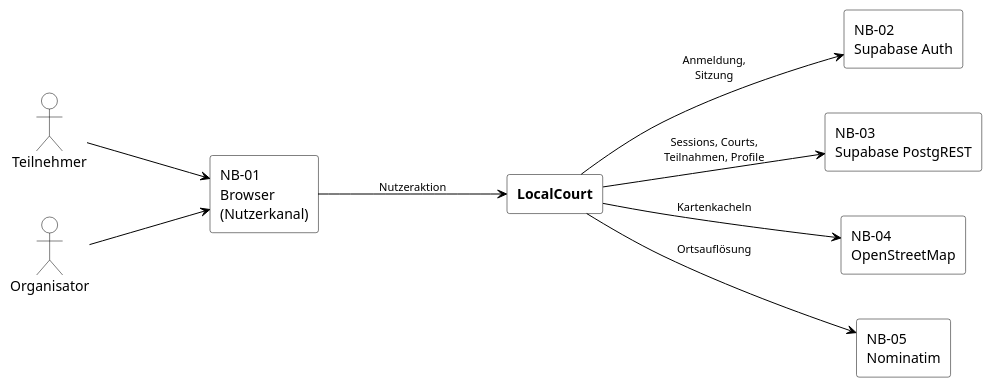
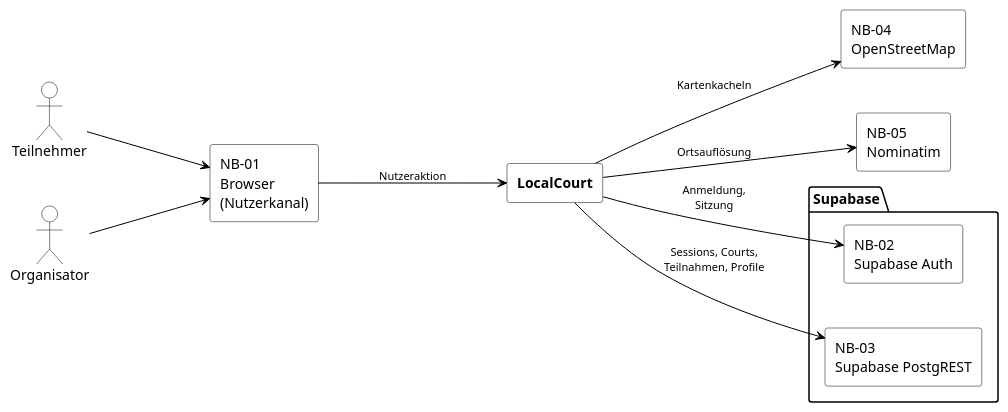
One commit to Finn5k/Wirtschaftsinformatik-Projekt-I changed the diagram in docs/spec/diagrams/P2-systemkontext.puml. Above: the diagram before and after it, drawn with PlantUML. The commit also changed 2 other files, not shown here.

Commit message:
docs(arch): group Supabase services in system context

```diff
--- a/docs/spec/diagrams/P2-systemkontext.puml
+++ b/docs/spec/diagrams/P2-systemkontext.puml
@@ -1,40 +1,46 @@
 @startuml P2-systemkontext
 left to right direction
 skinparam backgroundColor White
 skinparam shadowing false
 skinparam ArrowColor Black
 skinparam ArrowFontSize 11
 skinparam actor {
   BackgroundColor White
   BorderColor Black
 }
 skinparam rectangle {
   BackgroundColor White
   BorderColor Black
 }
+skinparam package {
+  BackgroundColor White
+  BorderColor Black
+}
 skinparam nodesep 45
 skinparam ranksep 120
 
 actor "Teilnehmer" as Teilnehmer
 actor "Organisator" as Organisator
 
 rectangle "NB-01\nBrowser\n(Nutzerkanal)" as Browser
 
 rectangle "**LocalCourt**" as LocalCourt
 
-rectangle "NB-02\nSupabase Auth" as Auth
-rectangle "NB-03\nSupabase PostgREST" as Daten
+package "Supabase" as Supabase {
+  rectangle "NB-02\nSupabase Auth" as Auth
+  rectangle "NB-03\nSupabase PostgREST" as Daten
+}
 rectangle "NB-04\nOpenStreetMap" as OSM
 rectangle "NB-05\nNominatim" as Nominatim
 
 Teilnehmer --> Browser
 Organisator --> Browser
 
 Browser --> LocalCourt : Nutzeraktion
 
 LocalCourt --> Auth : Anmeldung,\nSitzung
 LocalCourt --> Daten : Sessions, Courts,\nTeilnahmen, Profile
 LocalCourt --> OSM : Kartenkacheln
 LocalCourt --> Nominatim : Ortsauflösung
 
 @enduml
```
